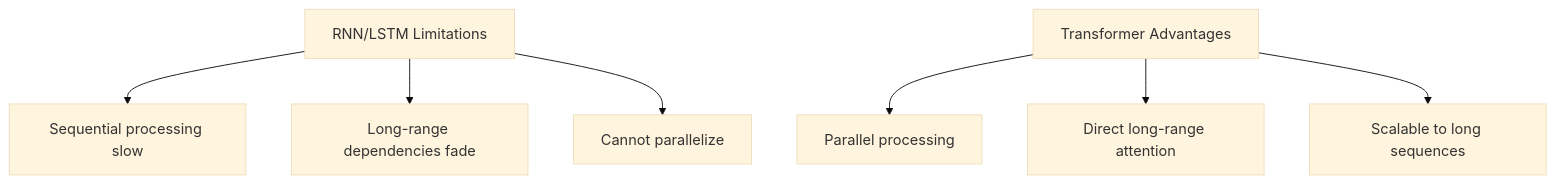
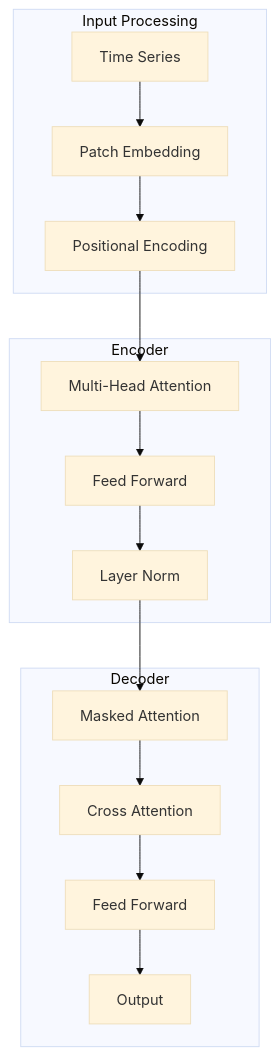
Before and after one commit to vanos001/placement_prep: the first of 2 diagrams in src/ml/time-series/transformers.md, drawn with Mermaid (base theme). The commit also changed other lines of this file and 14 other files, not shown here.

````diff
--- a/src/ml/time-series/transformers.md
+++ b/src/ml/time-series/transformers.md
@@ -9,9 +9,20 @@
 ```mermaid
-graph TD
-    A[RNN/LSTM Limitations] --> B[Sequential processing slow]
-    A --> C[Long-range dependencies fade]
-    A --> D[Cannot parallelize]
-    E[Transformer Advantages] --> F[Parallel processing]
-    E --> G[Direct long-range attention]
-    E --> H[Scalable to long sequences]
+graph TB
+    subgraph "Input Processing"
+        TS[Time Series] --> PE[Patch Embedding]
+        PE --> POS[Positional Encoding]
+    end
+    
+    subgraph "Encoder"
+        POS --> MHA[Multi-Head Attention]
+        MHA --> FF[Feed Forward]
+        FF --> N1[Layer Norm]
+    end
+    
+    subgraph "Decoder"
+        N1 --> MHA2[Masked Attention]
+        MHA2 --> MHA3[Cross Attention]
+        MHA3 --> FF2[Feed Forward]
+        FF2 --> OUT[Output]
+    end
 ```
````
